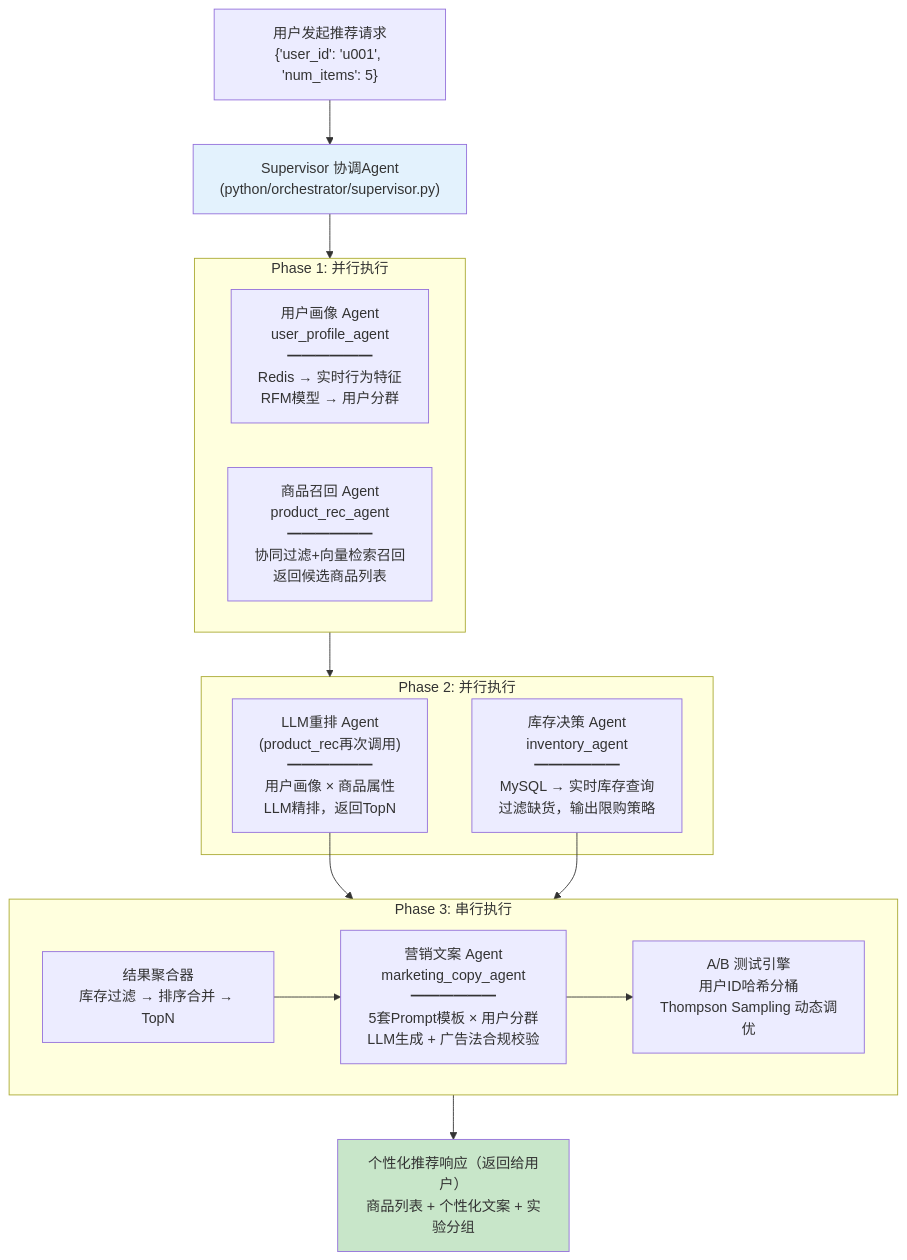
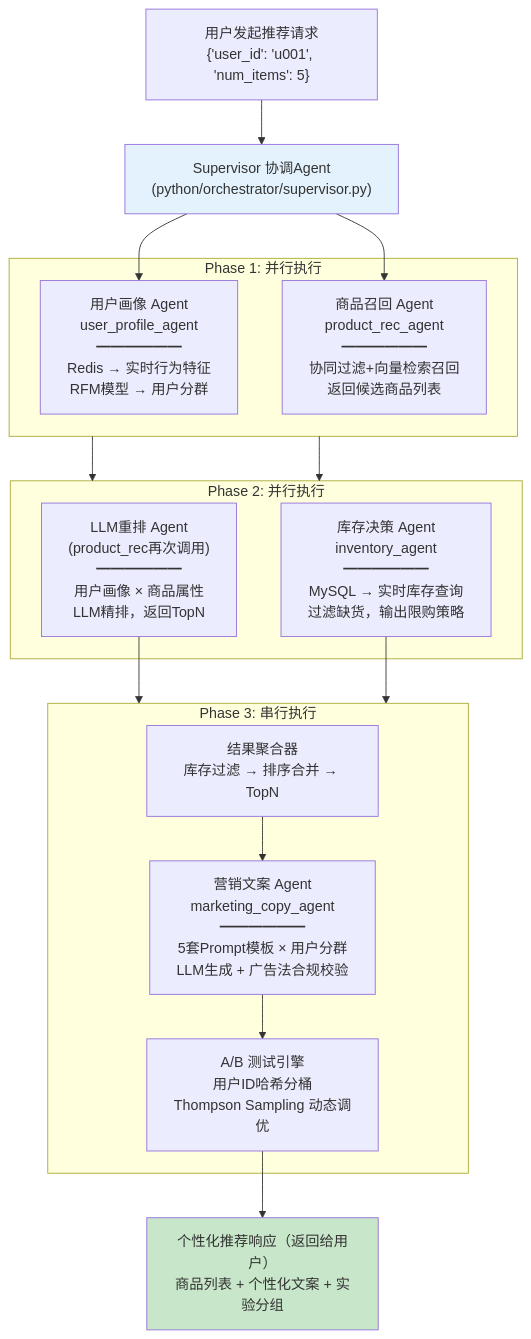
Before and after one commit to heyheyHazel/Multi-Agent-Ecommerce-System: the second of 4 diagrams in README.md, drawn with Mermaid.

Commit message:
0519: modified graph

````diff
--- a/README.md
+++ b/README.md
@@ -49,32 +49,35 @@
 ```mermaid
 graph TB
     USER["用户发起推荐请求<br/>{'user_id': 'u001', 'num_items': 5}"]
     USER --> SUP["Supervisor 协调Agent<br/>(python/orchestrator/supervisor.py)"]
 
     subgraph P1["Phase 1: 并行执行"]
         PROFILE["用户画像 Agent<br/>user_profile_agent<br/>━━━━━━<br/>Redis → 实时行为特征<br/>RFM模型 → 用户分群"]
         RECALL["商品召回 Agent<br/>product_rec_agent<br/>━━━━━━<br/>协同过滤+向量检索召回<br/>返回候选商品列表"]
     end
 
     subgraph P2["Phase 2: 并行执行"]
         RERANK["LLM重排 Agent<br/>(product_rec再次调用)<br/>━━━━━━<br/>用户画像 × 商品属性<br/>LLM精排，返回TopN"]
         INVENTORY["库存决策 Agent<br/>inventory_agent<br/>━━━━━━<br/>MySQL → 实时库存查询<br/>过滤缺货，输出限购策略"]
     end
 
     subgraph P3["Phase 3: 串行执行"]
         AGG["结果聚合器<br/>库存过滤 → 排序合并 → TopN"]
         COPY["营销文案 Agent<br/>marketing_copy_agent<br/>━━━━━━<br/>5套Prompt模板 × 用户分群<br/>LLM生成 + 广告法合规校验"]
         AB["A/B 测试引擎<br/>用户ID哈希分桶<br/>Thompson Sampling 动态调优"]
     end
 
-    SUP --> P1
+    SUP --> PROFILE
+    SUP --> RECALL
+    P1 --> P2
     P1 --> P2
     RERANK --> P3
     INVENTORY --> P3
-    AGG --> COPY --> AB
+    AGG --> COPY
+    COPY --> AB
 
-    P3 --> RESP["个性化推荐响应（返回给用户）<br/>商品列表 + 个性化文案 + 实验分组"]
+    AB --> RESP["个性化推荐响应（返回给用户）<br/>商品列表 + 个性化文案 + 实验分组"]
 
     style SUP fill:#e3f2fd
     style RESP fill:#c8e6c9
 ```
````
